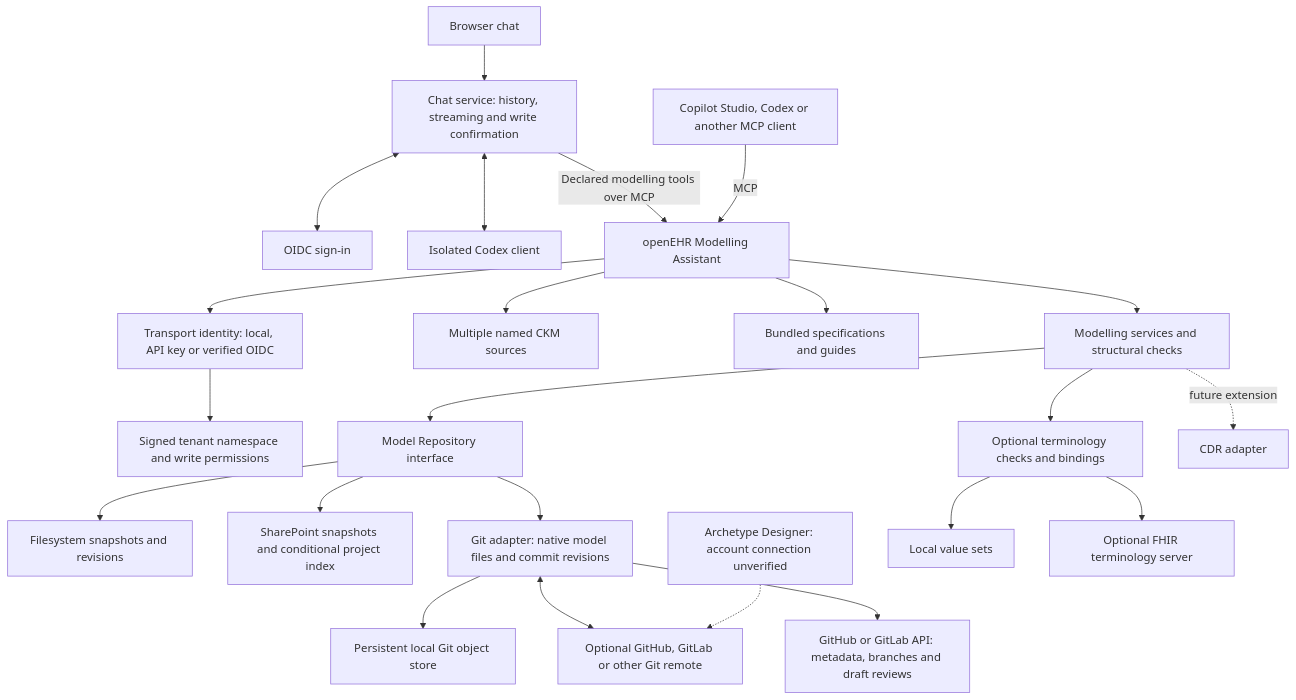
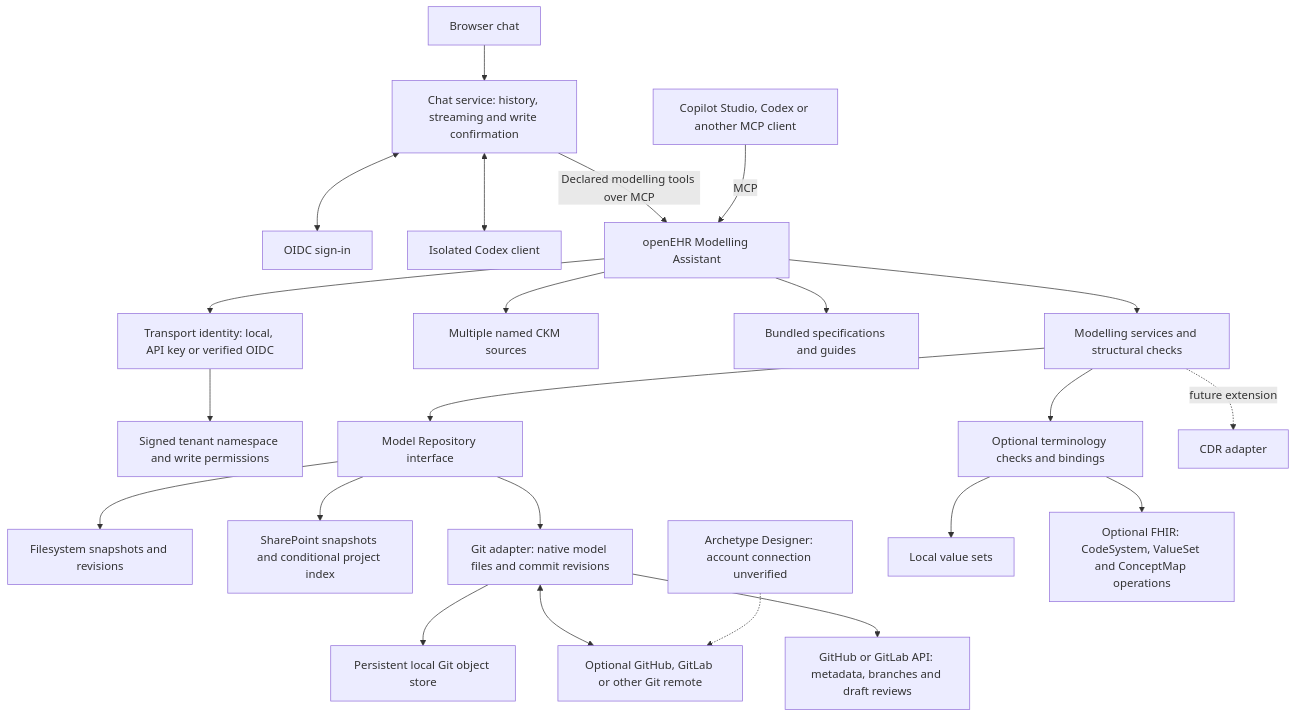
Before and after one commit to CzarMich/openehr-modelling-assistant: the first of 2 diagrams in README.md, drawn with Mermaid. The commit also changed other lines of this file and 46 other files, not shown here.

````diff
--- a/README.md
+++ b/README.md
@@ -85,25 +86,25 @@
 ```mermaid
 flowchart TD
     U[Browser chat] --> W[Chat service: history, streaming and write confirmation]
     W <--> I[OIDC sign-in]
     W <--> AIC[Isolated Codex client]
     W -->|Declared modelling tools over MCP| S[openEHR Modelling Assistant]
     M[Copilot Studio, Codex or another MCP client] -->|MCP| S[openEHR Modelling Assistant]
     S --> ID[Transport identity: local, API key or verified OIDC]
     ID --> TEN[Signed tenant namespace and write permissions]
     S --> K[Multiple named CKM sources]
     S --> B[Bundled specifications and guides]
     S --> D[Modelling services and structural checks]
     D --> R[Model Repository interface]
     R --> F[Filesystem snapshots and revisions]
     R --> SP[SharePoint snapshots and conditional project index]
     R --> G[Git adapter: native model files and commit revisions]
     G --> O[Persistent local Git object store]
     G <--> H[Optional GitHub, GitLab or other Git remote]
     G --> HP[GitHub or GitLab API: metadata, branches and draft reviews]
     A[Archetype Designer: account connection unverified] -.-> H
     D --> T[Optional terminology checks and bindings]
     T --> L[Local value sets]
-    T --> E[Optional FHIR terminology server]
+    T --> E[Optional FHIR: CodeSystem, ValueSet and ConceptMap operations]
     D -. future extension .-> C[CDR adapter]
 ```
````
